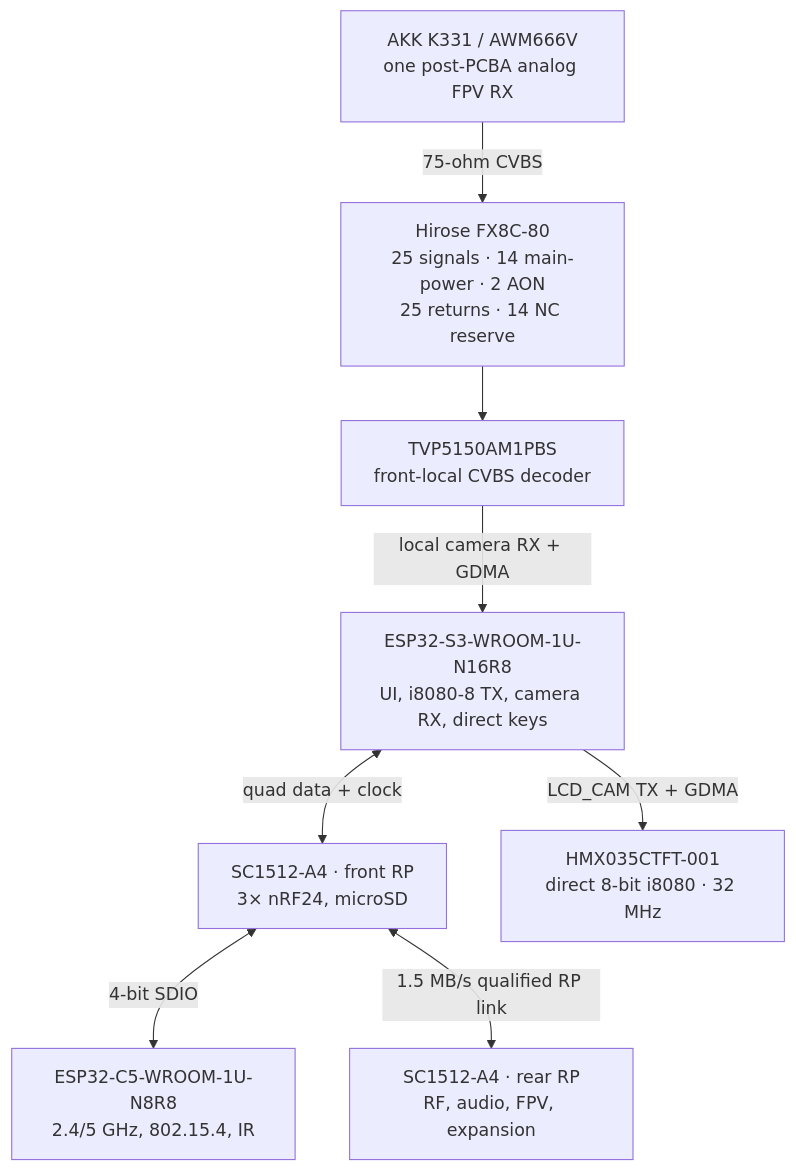
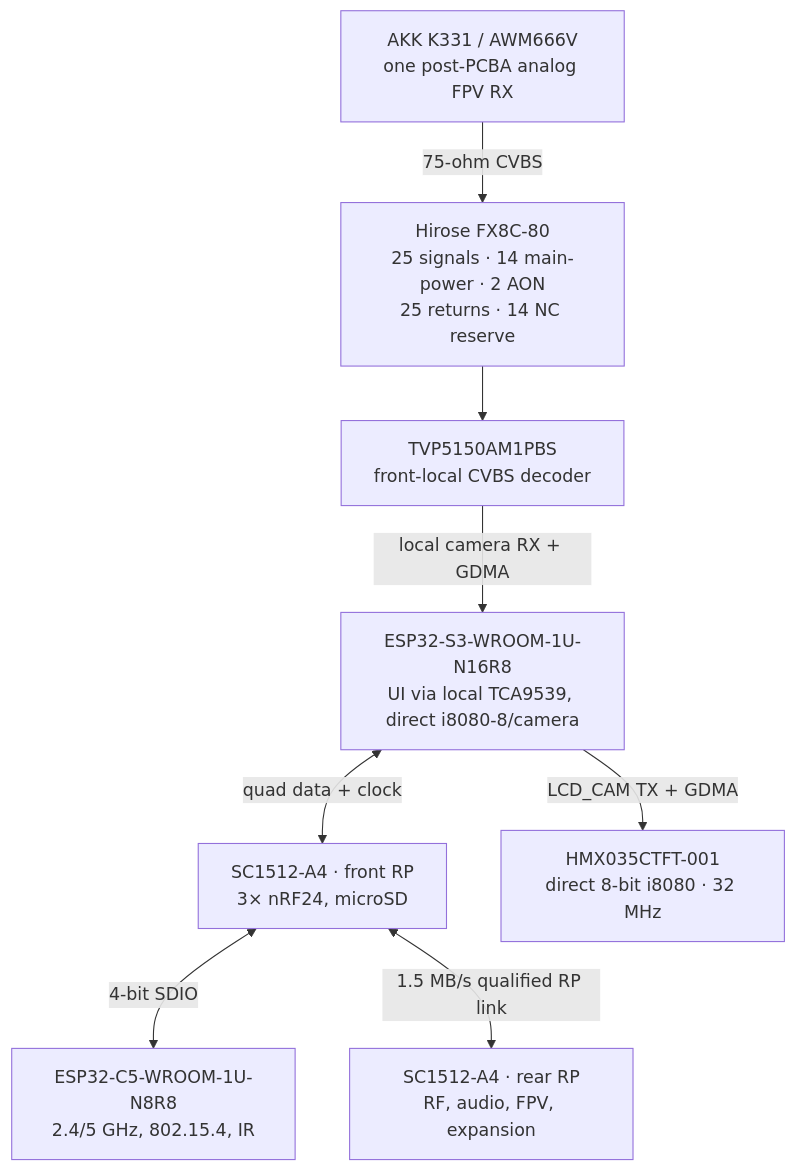
The diagram in docs/schematics.md (anton-vinogradov/esp32-leshy2), drawn with Mermaid before and after one commit. The commit also changed other lines of this file and 196 other files, not shown here.

Commit message:
Rebaseline dual-RP architecture and cost evidence

````diff
--- a/docs/schematics.md
+++ b/docs/schematics.md
@@ -29,19 +34,19 @@
 ```mermaid
 flowchart TD
-  S3["ESP32-S3-WROOM-1U-N16R8<br/>UI, i8080-8 TX, camera RX, direct keys"]
+  S3["ESP32-S3-WROOM-1U-N16R8<br/>UI via local TCA9539, direct i8080-8/camera"]
   C5["ESP32-C5-WROOM-1U-N8R8<br/>2.4/5 GHz, 802.15.4, IR"]
   FRP["SC1512-A4 · front RP<br/>3× nRF24, microSD"]
   RRP["SC1512-A4 · rear RP<br/>RF, audio, FPV, expansion"]
   TVP["TVP5150AM1PBS<br/>front-local CVBS decoder"]
   K331["AKK K331 / AWM666V<br/>one post-PCBA analog FPV RX"]
   LCD["HMX035CTFT-001<br/>direct 8-bit i8080 · 32 MHz"]
   M1["Hirose FX8C-80<br/>25 signals · 14 main-power · 2 AON<br/>25 returns · 14 NC reserve"]
 
   S3 -->|"LCD_CAM TX + GDMA"| LCD
   S3 <-->|"quad data + clock"| FRP
   FRP <-->|"4-bit SDIO"| C5
   FRP <-->|"1.5 MB/s qualified RP link"| RRP
   K331 -->|"75-ohm CVBS"| M1
   M1 --> TVP
   TVP -->|"local camera RX + GDMA"| S3
 ```
````
